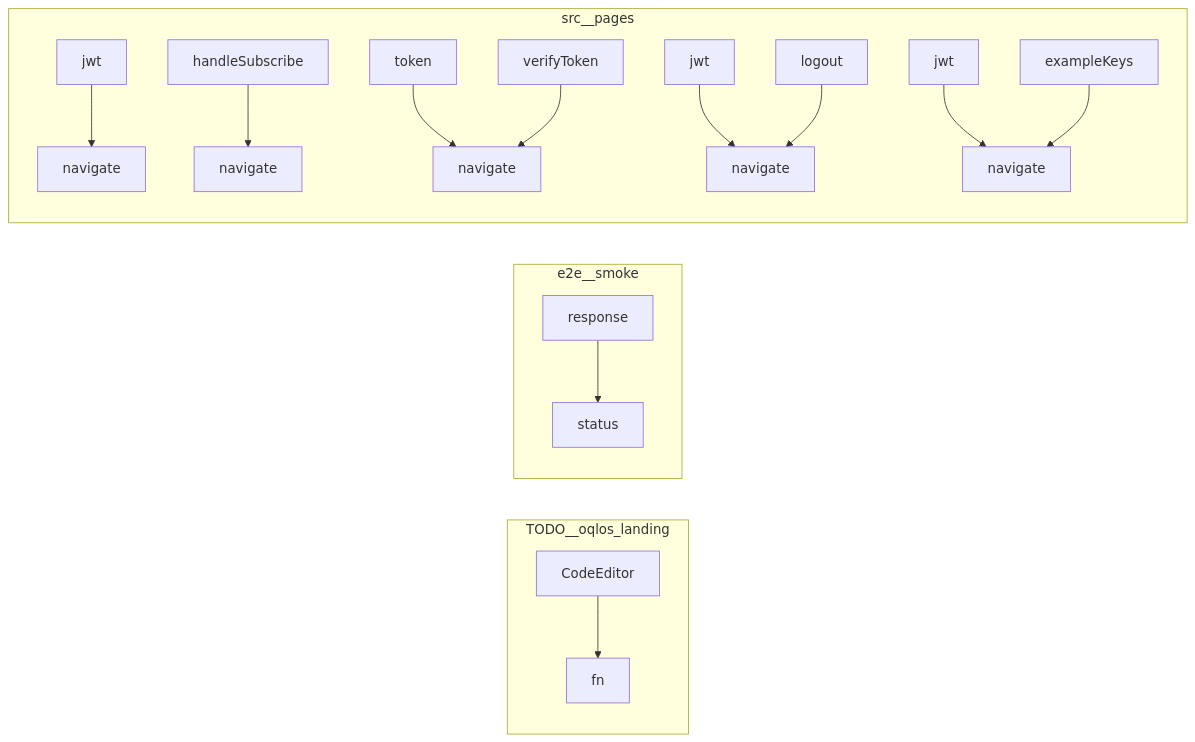
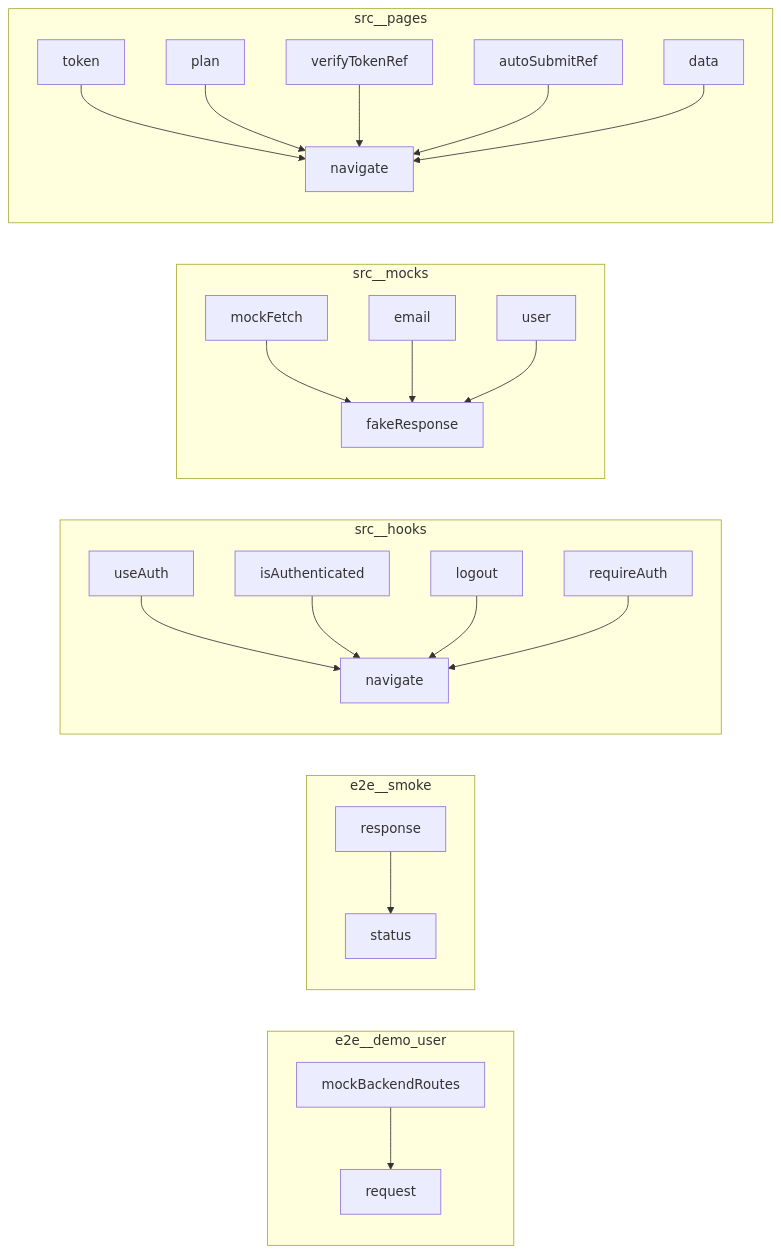
One commit to oqlos/www changed the diagram in project/calls.mmd. Above: the diagram before and after it, drawn with Mermaid. The commit also changed 25 other files, not shown here.

```diff
--- a/project/calls.mmd
+++ b/project/calls.mmd
@@ -1,34 +1,44 @@
 flowchart LR
-    subgraph TODO__oqlos_landing
-        TODO__oqlos_landing__fn["fn"]
-        TODO__oqlos_landing__CodeEditor["CodeEditor"]
+    subgraph e2e__demo_user
+        e2e__demo_user__spec__mockBackendRoutes["mockBackendRoutes"]
+        e2e__demo_user__spec__request["request"]
     end
     subgraph e2e__smoke
         e2e__smoke__spec__status["status"]
         e2e__smoke__spec__response["response"]
     end
+    subgraph src__hooks
+        src__hooks__useAuth__isAuthenticated["isAuthenticated"]
+        src__hooks__useAuth__navigate["navigate"]
+        src__hooks__useAuth__useAuth["useAuth"]
+        src__hooks__useAuth__requireAuth["requireAuth"]
+        src__hooks__useAuth__logout["logout"]
+    end
+    subgraph src__mocks
+        src__mocks__api__mockFetch["mockFetch"]
+        src__mocks__api__fakeResponse["fakeResponse"]
+        src__mocks__api__email["email"]
+        src__mocks__api__user["user"]
+    end
     subgraph src__pages
         src__pages__Login__token["token"]
-        src__pages__Scenarios__exampleKeys["exampleKeys"]
-        src__pages__Dashboard__jwt["jwt"]
         src__pages__Login__navigate["navigate"]
-        src__pages__Billing__handleSubscribe["handleSubscribe"]
-        src__pages__Scenarios__jwt["jwt"]
-        src__pages__Scenarios__navigate["navigate"]
-        src__pages__Login__verifyToken["verifyToken"]
-        src__pages__NlpConsole__navigate["navigate"]
-        src__pages__Billing__navigate["navigate"]
-        src__pages__Dashboard__logout["logout"]
-        src__pages__NlpConsole__jwt["jwt"]
-        src__pages__Dashboard__navigate["navigate"]
+        src__pages__Login__autoSubmitRef["autoSubmitRef"]
+        src__pages__Login__plan["plan"]
+        src__pages__Login__data["data"]
+        src__pages__Login__verifyTokenRef["verifyTokenRef"]
     end
-    src__pages__NlpConsole__jwt --> src__pages__NlpConsole__navigate
-    src__pages__Billing__handleSubscribe --> src__pages__Billing__navigate
+    src__hooks__useAuth__useAuth --> src__hooks__useAuth__navigate
+    src__hooks__useAuth__isAuthenticated --> src__hooks__useAuth__navigate
+    src__hooks__useAuth__logout --> src__hooks__useAuth__navigate
+    src__hooks__useAuth__requireAuth --> src__hooks__useAuth__navigate
+    src__mocks__api__mockFetch --> src__mocks__api__fakeResponse
+    src__mocks__api__email --> src__mocks__api__fakeResponse
+    src__mocks__api__user --> src__mocks__api__fakeResponse
     src__pages__Login__token --> src__pages__Login__navigate
-    src__pages__Login__verifyToken --> src__pages__Login__navigate
-    src__pages__Dashboard__jwt --> src__pages__Dashboard__navigate
-    src__pages__Dashboard__logout --> src__pages__Dashboard__navigate
-    src__pages__Scenarios__jwt --> src__pages__Scenarios__navigate
-    src__pages__Scenarios__exampleKeys --> src__pages__Scenarios__navigate
+    src__pages__Login__plan --> src__pages__Login__navigate
+    src__pages__Login__verifyTokenRef --> src__pages__Login__navigate
+    src__pages__Login__autoSubmitRef --> src__pages__Login__navigate
+    src__pages__Login__data --> src__pages__Login__navigate
+    e2e__demo_user__spec__mockBackendRoutes --> e2e__demo_user__spec__request
     e2e__smoke__spec__response --> e2e__smoke__spec__status
-    TODO__oqlos_landing__CodeEditor --> TODO__oqlos_landing__fn
```
